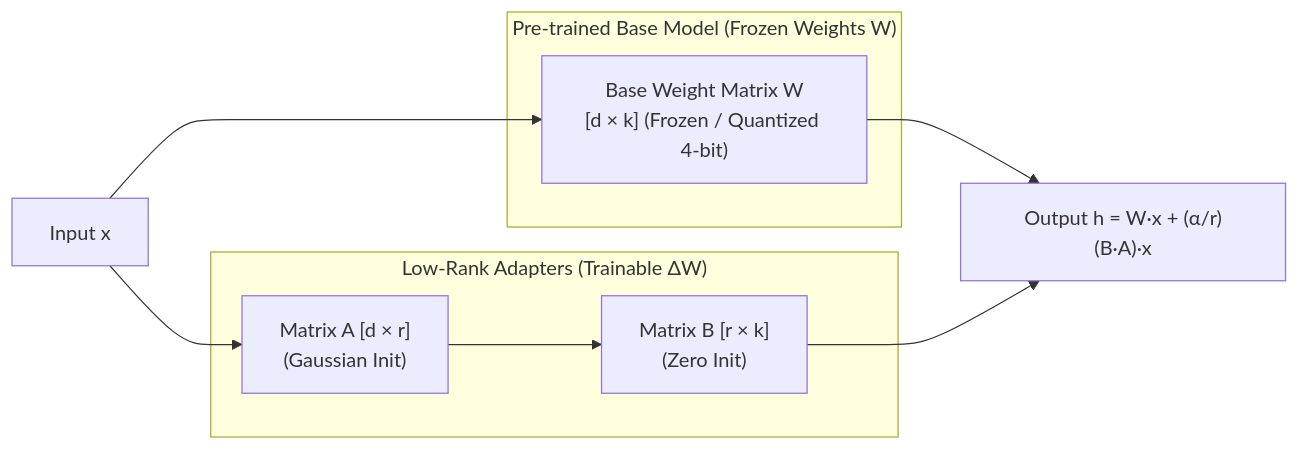
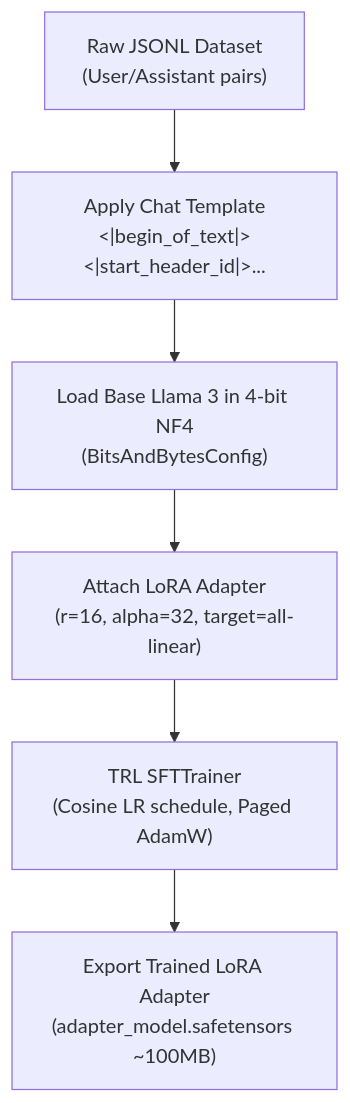
The diagram in docs/07-cloud-ai-fine-tuning/03-finetuning-llm-lora-krishnaik/05-steps-by-step-tutorial-to-fine-tune-llam.md (DeshDeepakKant/ai-engineering-docs), drawn with Mermaid before and after one commit. The commit also changed other lines of this file and 182 other files, not shown here.

````diff
--- a/docs/07-cloud-ai-fine-tuning/03-finetuning-llm-lora-krishnaik/05-steps-by-step-tutorial-to-fine-tune-llam.md
+++ b/docs/07-cloud-ai-fine-tuning/03-finetuning-llm-lora-krishnaik/05-steps-by-step-tutorial-to-fine-tune-llam.md
@@ -35,15 +36,8 @@
 ```mermaid
-flowchart LR
-    subgraph Frozen["Pre-trained Base Model (Frozen Weights W)"]
-        W["Base Weight Matrix W\n[d × k] (Frozen / Quantized 4-bit)"]
-    end
-
-    subgraph Trainable["Low-Rank Adapters (Trainable ΔW)"]
-        A["Matrix A [d × r]\n(Gaussian Init)"] --> B["Matrix B [r × k]\n(Zero Init)"]
-    end
-
-    X["Input x"] --> W
-    X --> A
-    W --> Sum["Output h = W·x + (α/r)(B·A)·x"]
-    B --> Sum
+flowchart TD
+    RawData["Raw JSONL Dataset\n(User/Assistant pairs)"] --> Template["Apply Chat Template\n<|begin_of_text|><|start_header_id|>..."]
+    Template --> Quant["Load Base Llama 3 in 4-bit NF4\n(BitsAndBytesConfig)"]
+    Quant --> PEFT["Attach LoRA Adapter\n(r=16, alpha=32, target=all-linear)"]
+    PEFT --> Trainer["TRL SFTTrainer\n(Cosine LR schedule, Paged AdamW)"]
+    Trainer --> AdapterArtifact["Export Trained LoRA Adapter\n(adapter_model.safetensors ~100MB)"]
 ```
````
